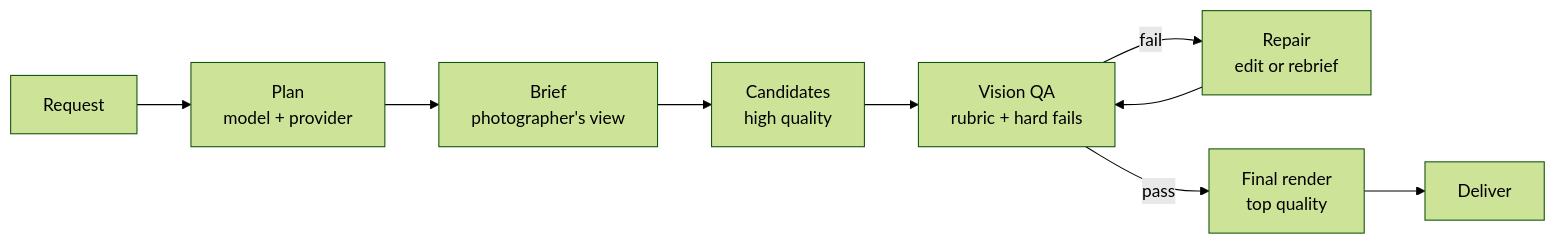
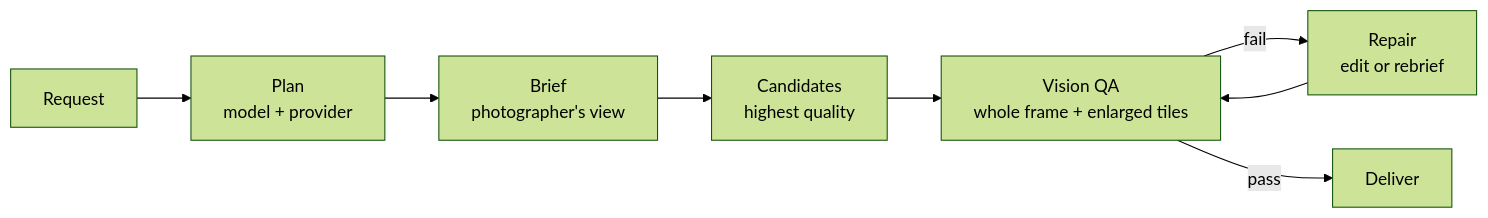
The diagram in README.md (mysterxn-ctrl/unrendered), drawn with Mermaid (forest theme) before and after one commit. The commit also changed other lines of this file and 18 other files, not shown here.

First line of the commit message:
Render every image at the highest quality; inspect every region enlarged

````diff
--- a/README.md
+++ b/README.md
@@ -140,11 +141,10 @@
 ```mermaid
 flowchart LR
     A[Request] --> B[Plan<br/>model + provider]
     B --> C[Brief<br/>photographer's view]
-    C --> D[Candidates<br/>high quality]
-    D --> E[Vision QA<br/>rubric + hard fails]
+    C --> D[Candidates<br/>highest quality]
+    D --> E[Vision QA<br/>whole frame + enlarged tiles]
     E -- fail --> F[Repair<br/>edit or rebrief]
     F --> E
-    E -- pass --> G[Final render<br/>top quality]
-    G --> H[Deliver]
+    E -- pass --> H[Deliver]
 ```
````
